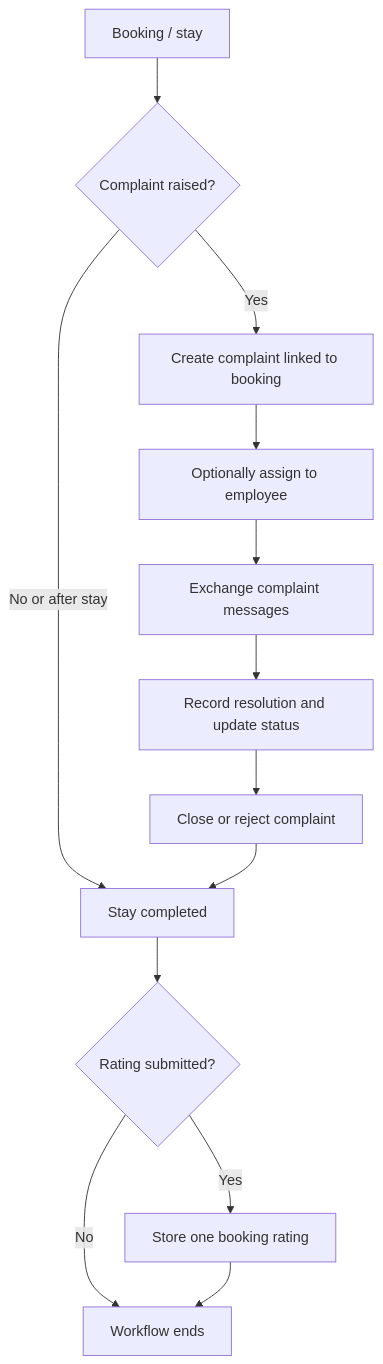
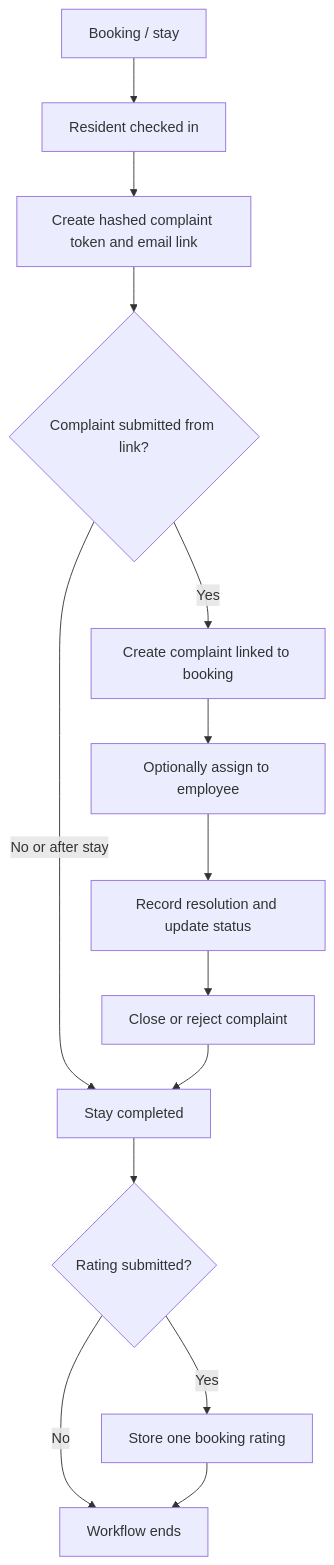
Before and after one commit to raihan-lail/room-management-system: the eighth of 12 diagrams in docs/ARCHITECTURE.md, drawn with Mermaid. The commit also changed other lines of this file and 10 other files, not shown here.

````diff
--- a/docs/ARCHITECTURE.md
+++ b/docs/ARCHITECTURE.md
@@ -221,15 +221,16 @@
 ```mermaid
 flowchart TD
-  Stay[Booking / stay] --> Complaint{Complaint raised?}
+  Stay[Booking / stay] --> CheckIn[Resident checked in]
+  CheckIn --> Token[Create hashed complaint token and email link]
+  Token --> Complaint{Complaint submitted from link?}
   Complaint -->|Yes| Open[Create complaint linked to booking]
   Open --> Assign[Optionally assign to employee]
-  Assign --> Thread[Exchange complaint messages]
-  Thread --> Resolve[Record resolution and update status]
+  Assign --> Resolve[Record resolution and update status]
   Resolve --> Close[Close or reject complaint]
   Complaint -->|No or after stay| Complete[Stay completed]
   Close --> Complete
   Complete --> Rating{Rating submitted?}
   Rating -->|Yes| Save[Store one booking rating]
   Rating -->|No| End[Workflow ends]
   Save --> End
 ```
````
